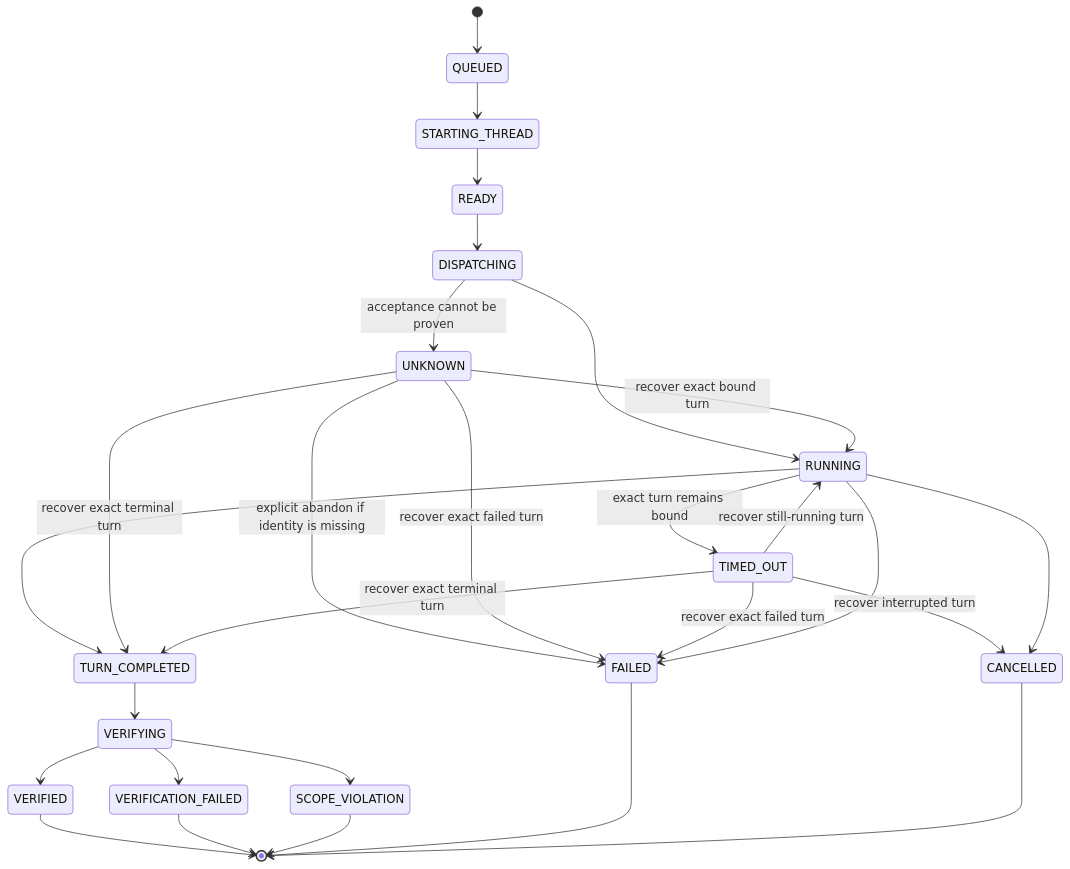
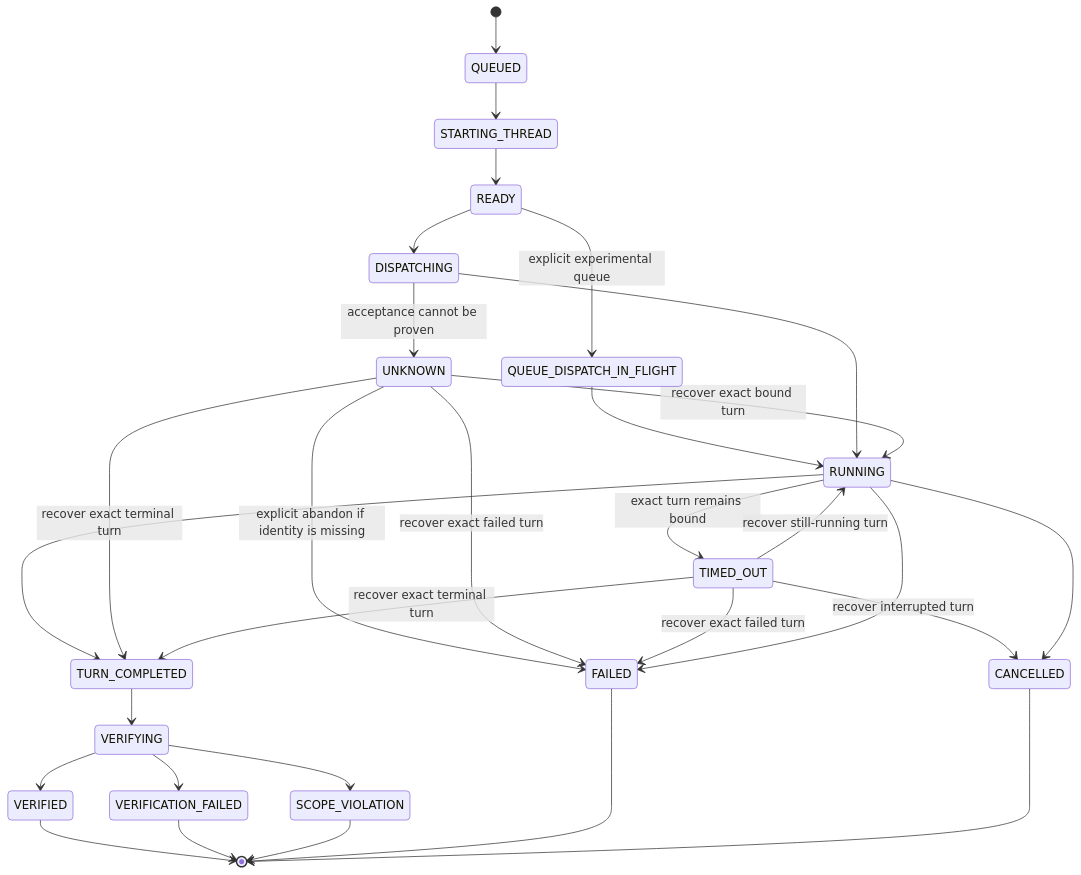
One commit to AlekseiUL/hermes-codex-operator changed the second of 2 diagrams in README.md. Above: the diagram before and after it, drawn with Mermaid. The commit also changed other lines of this file and 19 other files, not shown here.

Commit message:
feat: add exact-once experimental shared queue

````diff
--- a/README.md
+++ b/README.md
@@ -256,30 +280,32 @@
 ```mermaid
 stateDiagram-v2
     [*] --> QUEUED
     QUEUED --> STARTING_THREAD
     STARTING_THREAD --> READY
     READY --> DISPATCHING
+    READY --> QUEUE_DISPATCH_IN_FLIGHT: explicit experimental queue
+    QUEUE_DISPATCH_IN_FLIGHT --> RUNNING
     DISPATCHING --> RUNNING
     RUNNING --> TURN_COMPLETED
     TURN_COMPLETED --> VERIFYING
     VERIFYING --> VERIFIED
     VERIFYING --> VERIFICATION_FAILED
     VERIFYING --> SCOPE_VIOLATION
     DISPATCHING --> UNKNOWN: acceptance cannot be proven
     RUNNING --> TIMED_OUT: exact turn remains bound
     UNKNOWN --> RUNNING: recover exact bound turn
     UNKNOWN --> TURN_COMPLETED: recover exact terminal turn
     TIMED_OUT --> RUNNING: recover still-running turn
     TIMED_OUT --> TURN_COMPLETED: recover exact terminal turn
     UNKNOWN --> FAILED: explicit abandon if identity is missing
     UNKNOWN --> FAILED: recover exact failed turn
     TIMED_OUT --> FAILED: recover exact failed turn
     TIMED_OUT --> CANCELLED: recover interrupted turn
     RUNNING --> FAILED
     RUNNING --> CANCELLED
     VERIFIED --> [*]
     VERIFICATION_FAILED --> [*]
     SCOPE_VIOLATION --> [*]
     FAILED --> [*]
     CANCELLED --> [*]
 ```
````
